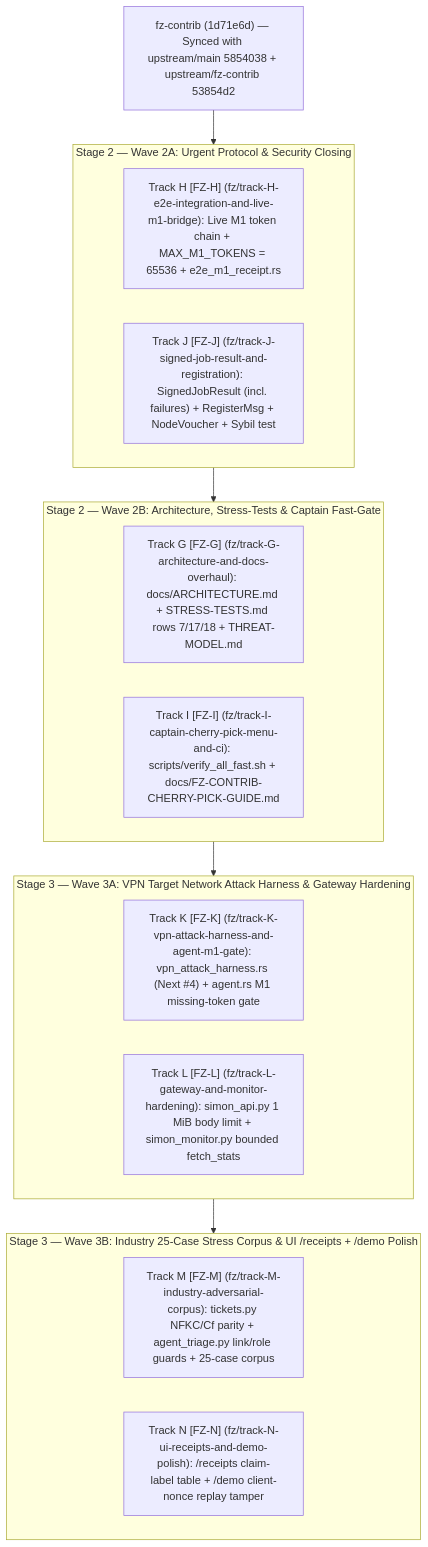
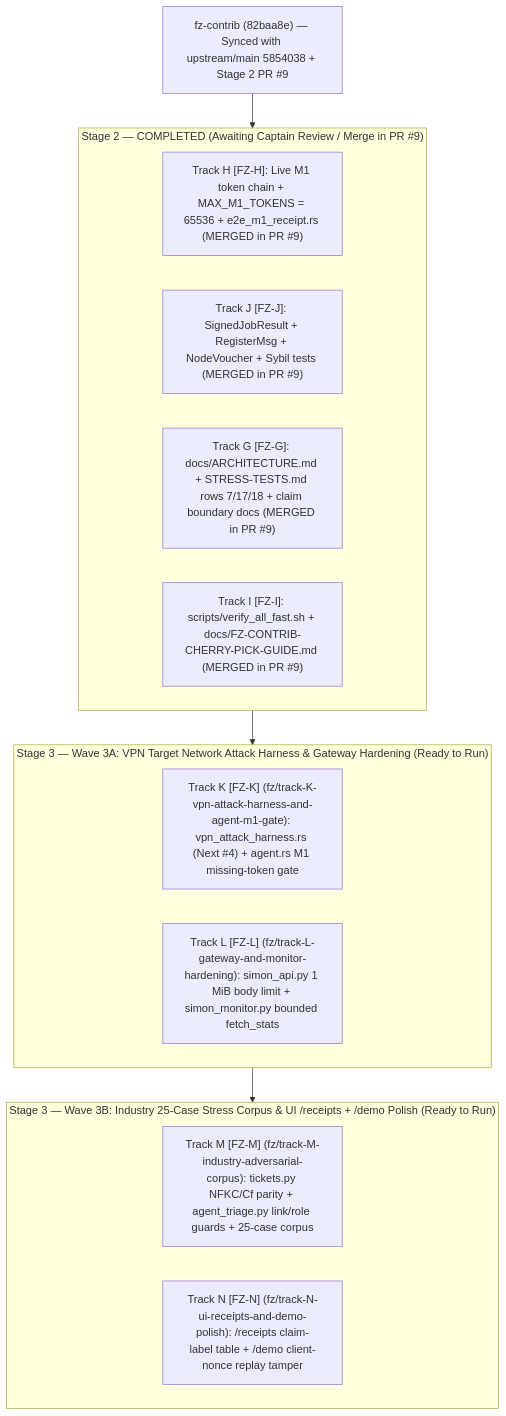
Before and after one commit to filipzarzynski/SIMPN_ARGON_HANDOWER: the diagram in 05_HACKATHON_ROADMAP_AND_PR_CATALOG.md, drawn with Mermaid. The commit also changed other lines of this file and 8 other files, not shown here.

Commit message:
docs(handover): align roadmap, architecture briefs, and agent orchestrator for Stage 2 completion in PR #9 and Stage 3 readiness off 82baa8e

````diff
--- a/05_HACKATHON_ROADMAP_AND_PR_CATALOG.md
+++ b/05_HACKATHON_ROADMAP_AND_PR_CATALOG.md
@@ -24,29 +49,25 @@
 ```mermaid
 flowchart TD
-    Base["fz-contrib (1d71e6d) — Synced with upstream/main 5854038 + upstream/fz-contrib 53854d2"]
+    Base["fz-contrib (82baa8e) — Synced with upstream/main 5854038 + Stage 2 PR #9"]
 
-    subgraph Wave2A["Stage 2 — Wave 2A: Urgent Protocol & Security Closing"]
-        TH["Track H [FZ-H] (fz/track-H-e2e-integration-and-live-m1-bridge): Live M1 token chain + MAX_M1_TOKENS = 65536 + e2e_m1_receipt.rs"]
-        TJ["Track J [FZ-J] (fz/track-J-signed-job-result-and-registration): SignedJobResult (incl. failures) + RegisterMsg + NodeVoucher + Sybil test"]
+    subgraph Wave2["Stage 2 — COMPLETED (Awaiting Captain Review / Merge in PR #9)"]
+        TH["Track H [FZ-H]: Live M1 token chain + MAX_M1_TOKENS = 65536 + e2e_m1_receipt.rs (MERGED in PR #9)"]
+        TJ["Track J [FZ-J]: SignedJobResult + RegisterMsg + NodeVoucher + Sybil tests (MERGED in PR #9)"]
+        TG["Track G [FZ-G]: docs/ARCHITECTURE.md + STRESS-TESTS.md rows 7/17/18 + claim boundary docs (MERGED in PR #9)"]
+        TI["Track I [FZ-I]: scripts/verify_all_fast.sh + docs/FZ-CONTRIB-CHERRY-PICK-GUIDE.md (MERGED in PR #9)"]
     end
 
-    subgraph Wave2B["Stage 2 — Wave 2B: Architecture, Stress-Tests & Captain Fast-Gate"]
-        TG["Track G [FZ-G] (fz/track-G-architecture-and-docs-overhaul): docs/ARCHITECTURE.md + STRESS-TESTS.md rows 7/17/18 + THREAT-MODEL.md"]
-        TI["Track I [FZ-I] (fz/track-I-captain-cherry-pick-menu-and-ci): scripts/verify_all_fast.sh + docs/FZ-CONTRIB-CHERRY-PICK-GUIDE.md"]
-    end
-
-    subgraph Wave3A["Stage 3 — Wave 3A: VPN Target Network Attack Harness & Gateway Hardening"]
+    subgraph Wave3A["Stage 3 — Wave 3A: VPN Target Network Attack Harness & Gateway Hardening (Ready to Run)"]
         TK["Track K [FZ-K] (fz/track-K-vpn-attack-harness-and-agent-m1-gate): vpn_attack_harness.rs (Next #4) + agent.rs M1 missing-token gate"]
         TL["Track L [FZ-L] (fz/track-L-gateway-and-monitor-hardening): simon_api.py 1 MiB body limit + simon_monitor.py bounded fetch_stats"]
     end
 
-    subgraph Wave3B["Stage 3 — Wave 3B: Industry 25-Case Stress Corpus & UI /receipts + /demo Polish"]
+    subgraph Wave3B["Stage 3 — Wave 3B: Industry 25-Case Stress Corpus & UI /receipts + /demo Polish (Ready to Run)"]
         TM["Track M [FZ-M] (fz/track-M-industry-adversarial-corpus): tickets.py NFKC/Cf parity + agent_triage.py link/role guards + 25-case corpus"]
         TN["Track N [FZ-N] (fz/track-N-ui-receipts-and-demo-polish): /receipts claim-label table + /demo client-nonce replay tamper"]
     end
 
-    Base --> Wave2A
-    Wave2A --> Wave2B
-    Wave2B --> Wave3A
+    Base --> Wave2
+    Wave2 --> Wave3A
     Wave3A --> Wave3B
 ```
````
